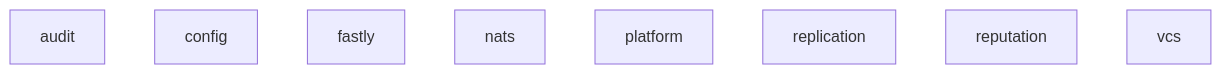
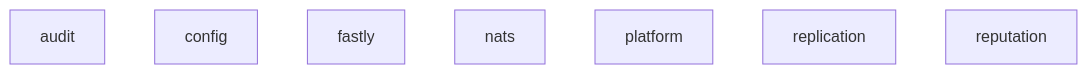
One commit to utopia-php/monorepo changed the diagram in README.md. Above: the diagram before and after it, drawn with Mermaid. The commit also changed other lines of this file and 40 other files, not shown here.

````diff
--- a/README.md
+++ b/README.md
@@ -52,11 +52,10 @@
 ```mermaid
 graph TD
     audit
     config
     fastly
     nats
     platform
     replication
     reputation
-    vcs
 ```
````
